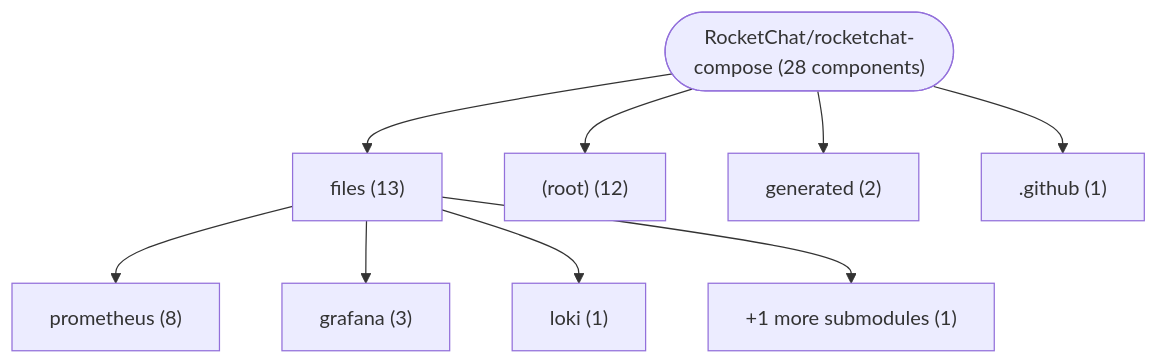
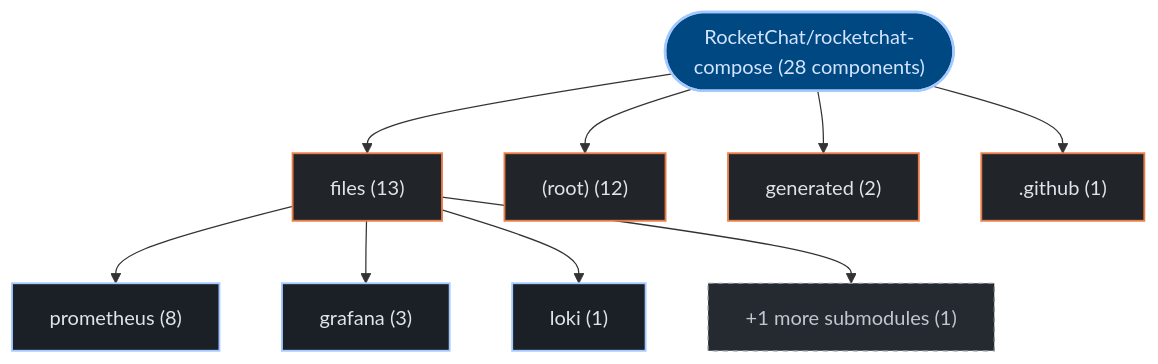
The first of 3 diagrams in exports/latest/reports/RocketChat-rocketchat-compose-report.md (kumarshaz/atruss-code-atlas), drawn with Mermaid before and after one commit. The commit also changed other lines of this file and 331 other files, not shown here.

Commit message:
docs,ui,fix: update SDLC docs, reorder CI/CD DAG first, stylize Mermaid, and fix Arc42 pipeline topology

````diff
--- a/exports/latest/reports/RocketChat-rocketchat-compose-report.md
+++ b/exports/latest/reports/RocketChat-rocketchat-compose-report.md
@@ -41,20 +41,27 @@
 ```mermaid
 graph TD;
-    repo_root(["RocketChat/rocketchat-compose (28 components)"])
-    dir_0_files["files (13)"]
+  classDef atlasRoot fill:#004882,stroke:#a3c9ff,stroke-width:2px,color:#d3e4ff
+  classDef atlasCategory fill:#212428,stroke:#E87A48,stroke-width:1.5px,color:#dfe3eb
+  classDef atlasWorkflow fill:#1b2026,stroke:#a3c9ff,stroke-width:1.5px,color:#dfe3eb
+  classDef atlasJob fill:#171c22,stroke:#8d9199,stroke-width:1px,color:#dfe3eb
+  classDef atlasTarget fill:#005227,stroke:#8bd99b,stroke-width:1.5px,color:#a7f6b6
+  classDef atlasAlert fill:#93000a,stroke:#ffb4ab,stroke-width:1.5px,color:#ffdad6
+  classDef atlasMore fill:#252a31,stroke:#8d9199,stroke-dasharray:4 4,color:#c3c6cf
+    repo_root(["RocketChat/rocketchat-compose (28 components)"]):::atlasRoot
+    dir_0_files["files (13)"]:::atlasCategory
     repo_root --> dir_0_files
-    sub_0_0_prometheus["prometheus (8)"]
+    sub_0_0_prometheus["prometheus (8)"]:::atlasWorkflow
     dir_0_files --> sub_0_0_prometheus
-    sub_0_1_grafana["grafana (3)"]
+    sub_0_1_grafana["grafana (3)"]:::atlasWorkflow
     dir_0_files --> sub_0_1_grafana
-    sub_0_2_loki["loki (1)"]
+    sub_0_2_loki["loki (1)"]:::atlasWorkflow
     dir_0_files --> sub_0_2_loki
-    sub_0_more["+1 more submodules (1)"]
+    sub_0_more["+1 more submodules (1)"]:::atlasMore
     dir_0_files --> sub_0_more
-    dir_1__root_["(root) (12)"]
+    dir_1__root_["(root) (12)"]:::atlasCategory
     repo_root --> dir_1__root_
-    dir_2_generated["generated (2)"]
+    dir_2_generated["generated (2)"]:::atlasCategory
     repo_root --> dir_2_generated
-    dir_3__github[".github (1)"]
+    dir_3__github[".github (1)"]:::atlasCategory
     repo_root --> dir_3__github
 ```
````
